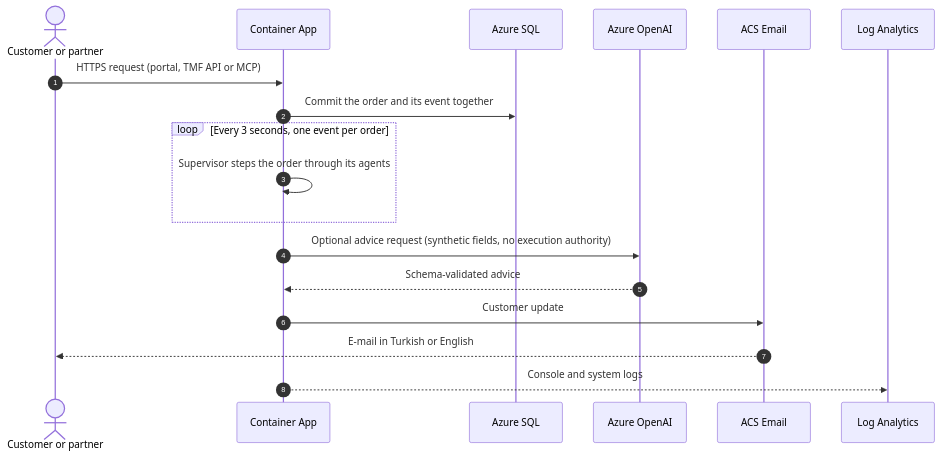
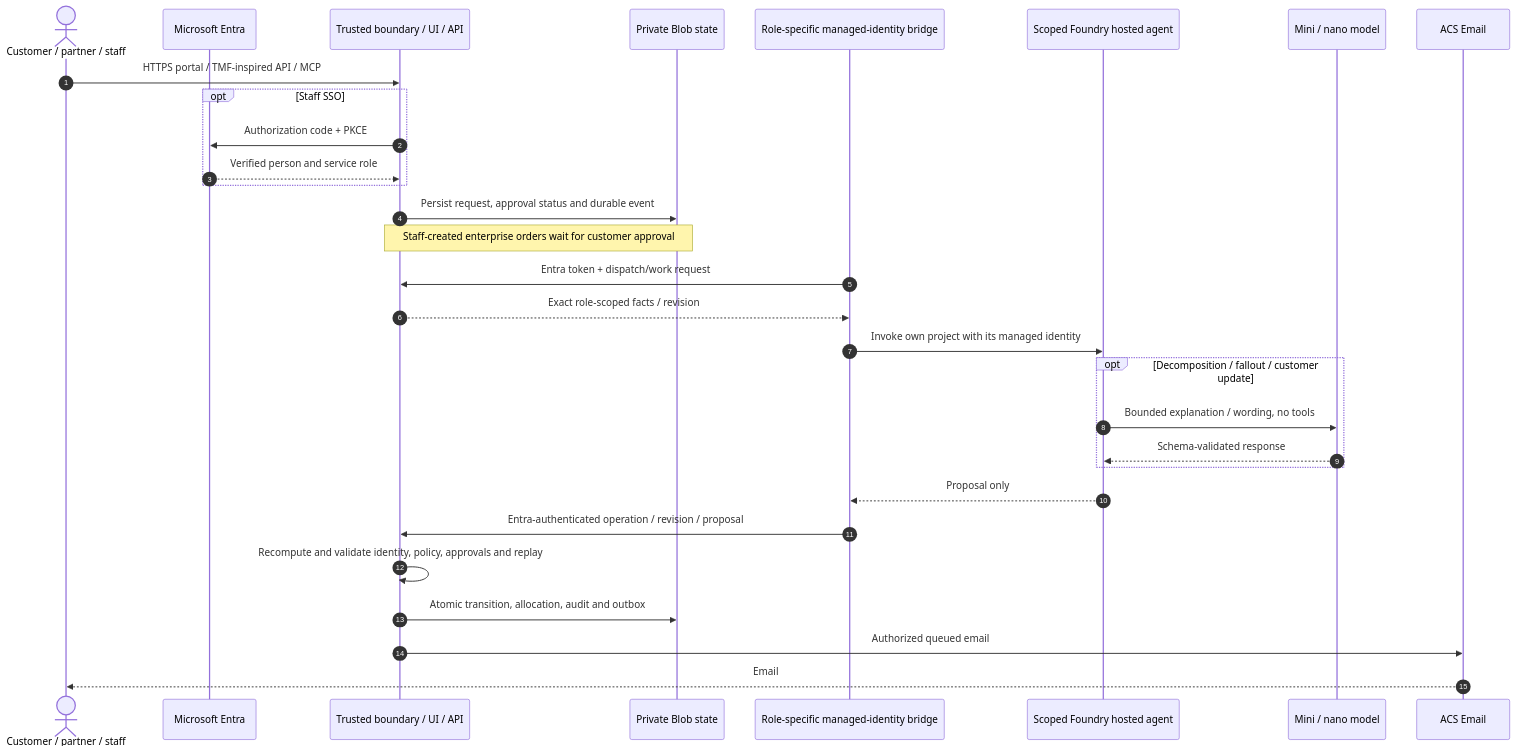
One commit to m-haider-raza/AMA-Telecom-Order-to-Activation changed the diagram in docs/azure-architecture.md. Above: the diagram before and after it, drawn with Mermaid. The commit also changed other lines of this file and 5 other files, not shown here.

First line of the commit message:
Refresh README and current Azure architecture

````diff
--- a/docs/azure-architecture.md
+++ b/docs/azure-architecture.md
@@ -86,20 +91,32 @@
 ```mermaid
 sequenceDiagram
   autonumber
-  actor C as Customer or partner
-  participant CA as Container App
-  participant SQL as Azure SQL
-  participant AI as Azure OpenAI
+  actor Person as Customer / partner / staff
+  participant Entra as Microsoft Entra
+  participant Boundary as Trusted boundary / UI / API
+  participant State as Private Blob state
+  participant Bridge as Role-specific managed-identity bridge
+  participant Hosted as Scoped Foundry hosted agent
+  participant Model as Mini / nano model
   participant ACS as ACS Email
-  participant LA as Log Analytics
-  C->>CA: HTTPS request (portal, TMF API or MCP)
-  CA->>SQL: Commit the order and its event together
-  loop Every 3 seconds, one event per order
-    CA->>CA: Supervisor steps the order through its agents
+  Person->>Boundary: HTTPS portal / TMF-inspired API / MCP
+  opt Staff SSO
+    Boundary->>Entra: Authorization code + PKCE
+    Entra-->>Boundary: Verified person and service role
   end
-  CA->>AI: Optional advice request (synthetic fields, no execution authority)
-  AI-->>CA: Schema-validated advice
-  CA->>ACS: Customer update
-  ACS-->>C: E-mail in Turkish or English
-  CA-->>LA: Console and system logs
+  Boundary->>State: Persist request, approval status and durable event
+  Note over Boundary,State: Staff-created enterprise orders wait for customer approval
+  Bridge->>Boundary: Entra token + dispatch/work request
+  Boundary-->>Bridge: Exact role-scoped facts / revision
+  Bridge->>Hosted: Invoke own project with its managed identity
+  opt Decomposition / fallout / customer update
+    Hosted->>Model: Bounded explanation / wording, no tools
+    Model-->>Hosted: Schema-validated response
+  end
+  Hosted-->>Bridge: Proposal only
+  Bridge->>Boundary: Entra-authenticated operation / revision / proposal
+  Boundary->>Boundary: Recompute and validate identity, policy, approvals and replay
+  Boundary->>State: Atomic transition, allocation, audit and outbox
+  Boundary->>ACS: Authorized queued email
+  ACS-->>Person: Email
 ```
````
